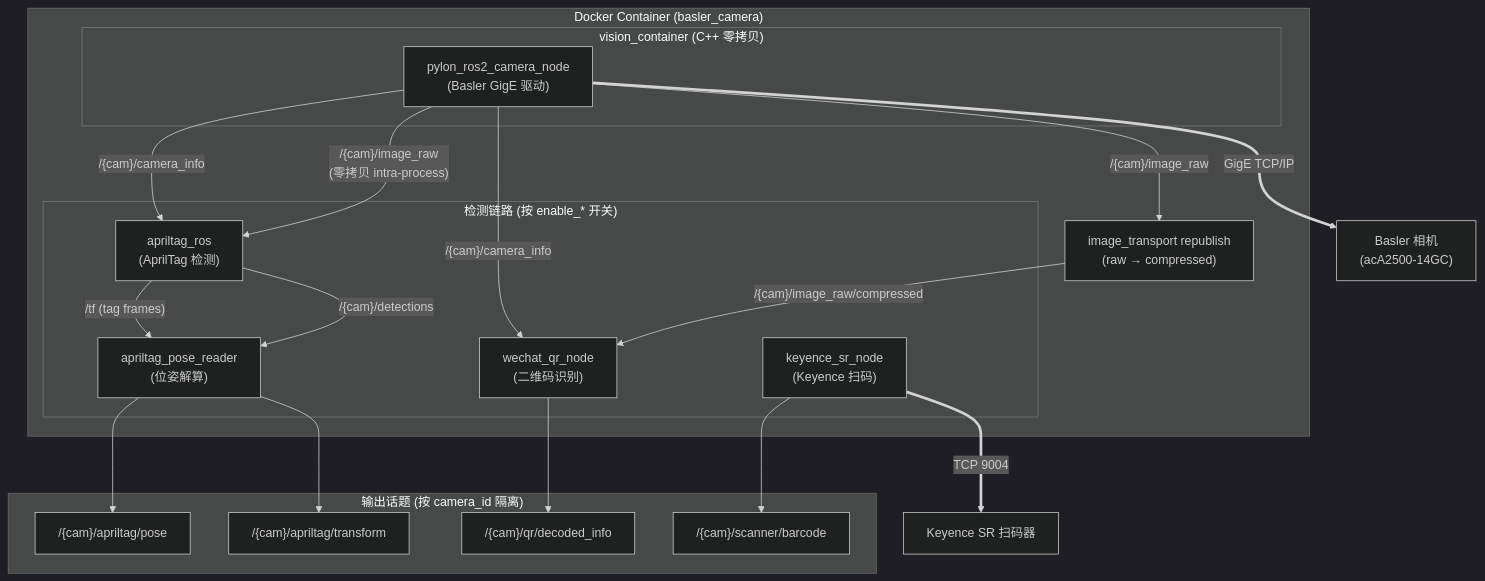
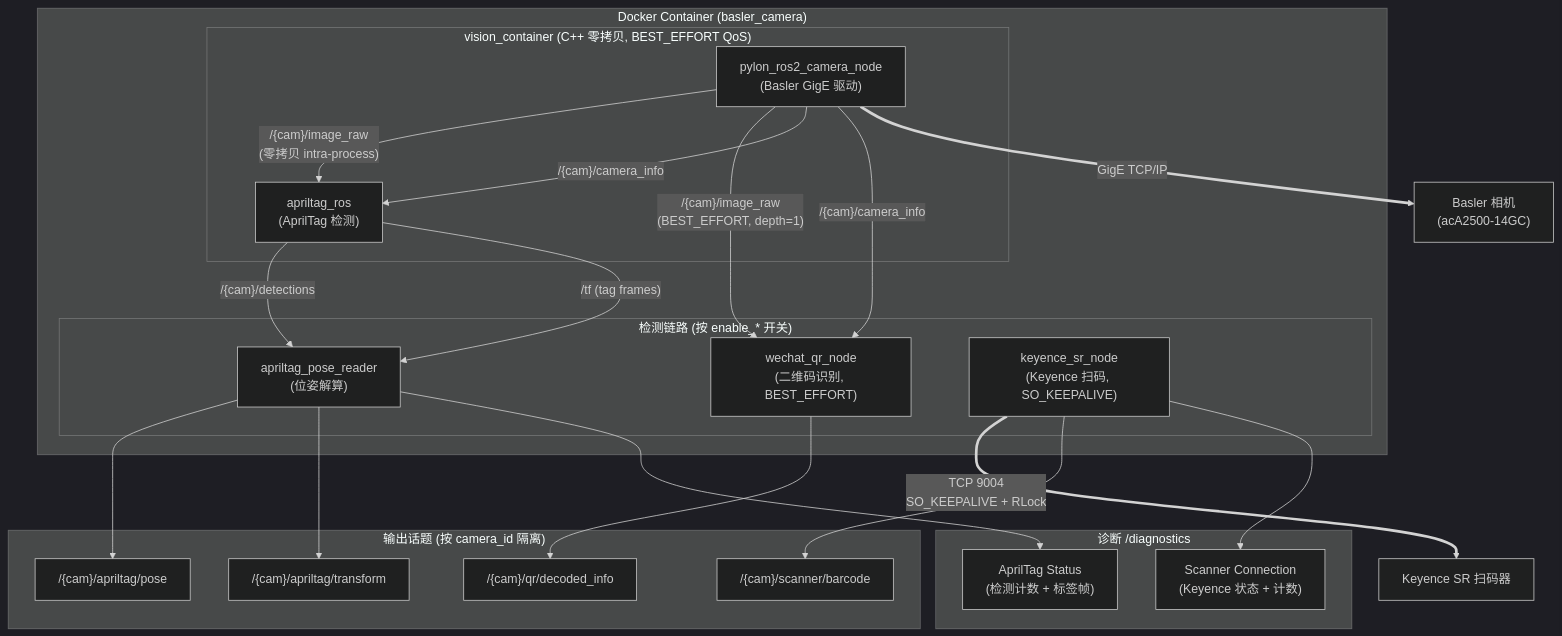
Before and after one commit to jason889977/ros2_ws: the first of 2 diagrams in README.md, drawn with Mermaid (dark theme). The commit also changed other lines of this file and 2 other files, not shown here.

Commit message:
docs: update README, DELIVERY_SUMMARY, troubleshooting guide
README.md:
- Update core features with all optimizations (QoS, GenICam throttle,
  12-bit zero-alloc, encoding cache, 78 null guards, resource limits)
- Update architecture diagram: remove republish node (QR subscribes
  raw directly), add diagnostics subgraph, show QoS labels
- Add BEST_EFFORT, SO_KEEPALIVE, RLock, respawn_delay annotations

DELIVERY_SUMMARY.md:
- Add multi-camera env vars table (ENABLE_*, CAMERA_ID_2, etc.)
- Add resource limit params table (MEM_LIMIT, CPUS_LIMIT, LOG_*)
- Add QoS configuration table and diagnostics topic documentation
- Add v2.0 changelog with full stability/performance/multi-camera
  optimization summary

故障排查手册.md:
- Add section 8: diagnostics field reference (Scanner Connection,
  AprilTag Status with field descriptions and anomaly meanings)
- Add section 9: multi-camera troubleshooting (namespace isolation,
  topic collision, pipeline startup verification)
- Add section 10: QoS compatibility troubleshooting (BEST_EFFORT
  vs RELIABLE matching, depth mismatch resolution)

````diff
--- a/README.md
+++ b/README.md
@@ -40,41 +45,46 @@
 ```mermaid
 graph TB
     subgraph Docker Container ["Docker Container (basler_camera)"]
-        subgraph ComponentContainer ["vision_container (C++ 零拷贝)"]
+        subgraph ComponentContainer ["vision_container (C++ 零拷贝, BEST_EFFORT QoS)"]
             CAM["pylon_ros2_camera_node<br/>(Basler GigE 驱动)"]
+            AT["apriltag_ros<br/>(AprilTag 检测)"]
         end
 
         subgraph DetectionChain ["检测链路 (按 enable_* 开关)"]
-            AT["apriltag_ros<br/>(AprilTag 检测)"]
             ATR["apriltag_pose_reader<br/>(位姿解算)"]
-            QR["wechat_qr_node<br/>(二维码识别)"]
-            KEY["keyence_sr_node<br/>(Keyence 扫码)"]
+            QR["wechat_qr_node<br/>(二维码识别, BEST_EFFORT)"]
+            KEY["keyence_sr_node<br/>(Keyence 扫码, SO_KEEPALIVE)"]
         end
-
-        REP["image_transport republish<br/>(raw → compressed)"]
     end
 
     CAM -- "/{cam}/image_raw<br/>(零拷贝 intra-process)" --> AT
+    CAM -- "/{cam}/image_raw<br/>(BEST_EFFORT, depth=1)" --> QR
     CAM -- "/{cam}/camera_info" --> AT
-    CAM -- "/{cam}/image_raw" --> REP
-    REP -- "/{cam}/image_raw/compressed" --> QR
     CAM -- "/{cam}/camera_info" --> QR
 
     AT -- "/{cam}/detections" --> ATR
     AT -- "/tf (tag frames)" --> ATR
 
     CAM ==>|"GigE TCP/IP"| CAMERA["Basler 相机<br/>(acA2500-14GC)"]
-    KEY ==>|"TCP 9004"| SCANNER["Keyence SR 扫码器"]
+    KEY ==>|"TCP 9004<br/>SO_KEEPALIVE + RLock"| SCANNER["Keyence SR 扫码器"]
 
     subgraph OutputTopics ["输出话题 (按 camera_id 隔离)"]
         T1["/{cam}/apriltag/pose"]
         T2["/{cam}/apriltag/transform"]
         T3["/{cam}/qr/decoded_info"]
         T4["/{cam}/scanner/barcode"]
     end
 
     ATR --> T1
     ATR --> T2
     QR --> T3
     KEY --> T4
+
+    subgraph Diagnostics ["诊断 /diagnostics"]
+        D1["Scanner Connection<br/>(Keyence 状态 + 计数)"]
+        D2["AprilTag Status<br/>(检测计数 + 标签帧)"]
+    end
+
+    KEY --> D1
+    ATR --> D2
 ```
````
